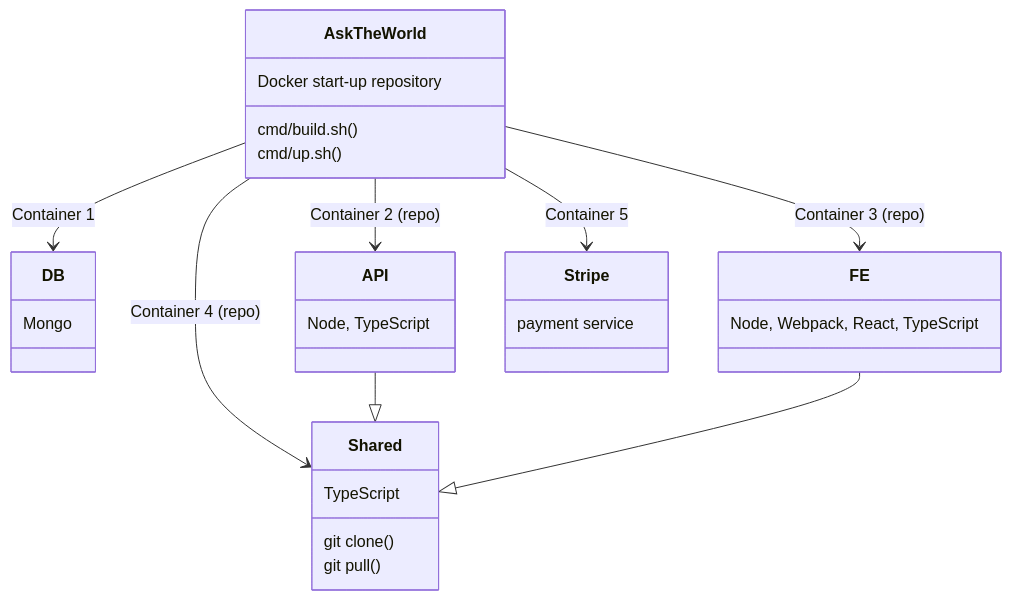
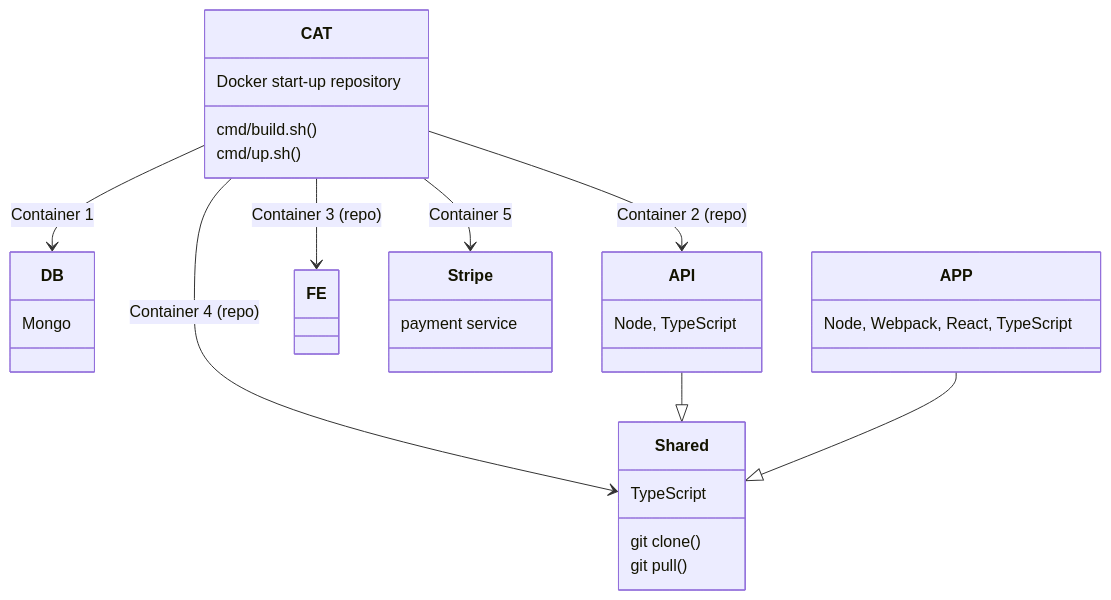
Before and after one commit to Karmello/cat-start: the diagram in README.md, drawn with Mermaid. The commit also changed other lines of this file and 9 other files, not shown here.

Commit message:
repo name change to cat

````diff
--- a/README.md
+++ b/README.md
@@ -8,20 +8,20 @@
 ```mermaid
 classDiagram
-AskTheWorld --> DB : Container 1
-AskTheWorld --> API : Container 2 (repo)
-AskTheWorld --> FE : Container 3 (repo)
-AskTheWorld --> Shared : Container 4 (repo)
-AskTheWorld --> Stripe : Container 5
-AskTheWorld : Docker start-up repository
-AskTheWorld: cmd/build.sh()
-AskTheWorld: cmd/up.sh()
+CAT --> DB : Container 1
+CAT --> API : Container 2 (repo)
+CAT --> FE : Container 3 (repo)
+CAT --> Shared : Container 4 (repo)
+CAT --> Stripe : Container 5
+CAT : Docker start-up repository
+CAT: cmd/build.sh()
+CAT: cmd/up.sh()
 DB: Mongo
 API: Node, TypeScript
-FE: Node, Webpack, React, TypeScript
+APP: Node, Webpack, React, TypeScript
 Stripe: payment service
 Shared: TypeScript
 Shared: git clone()
 Shared: git pull()
 API --|> Shared
-FE --|> Shared
+APP --|> Shared
 ```
````
